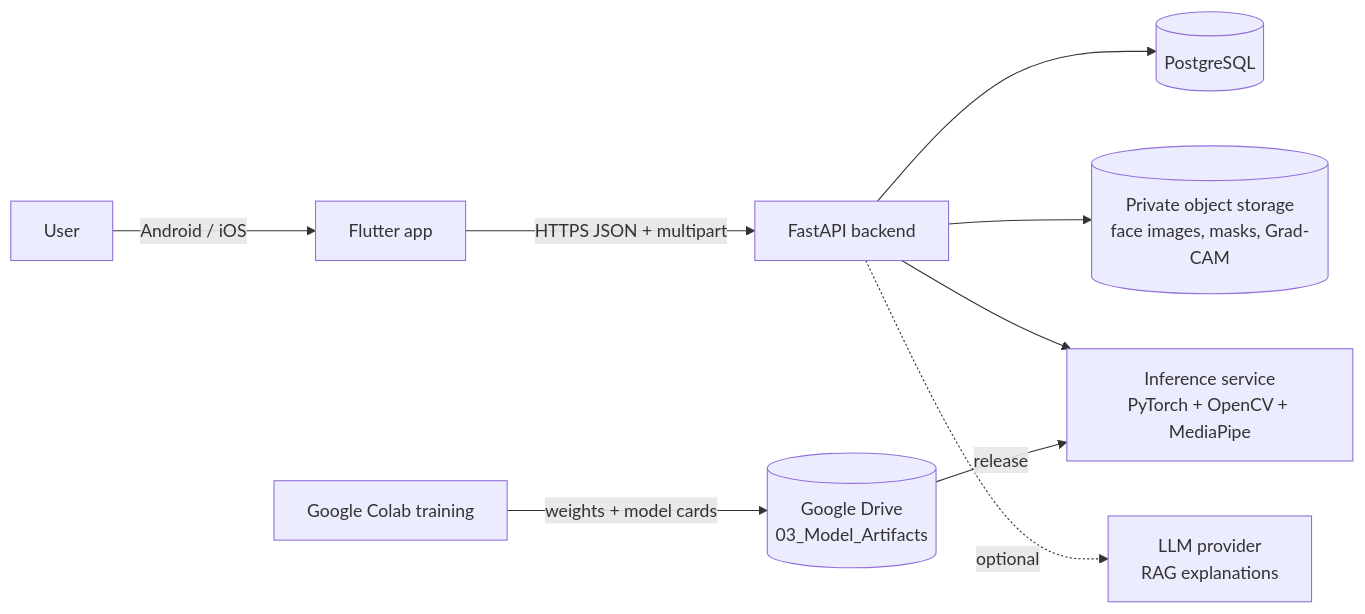
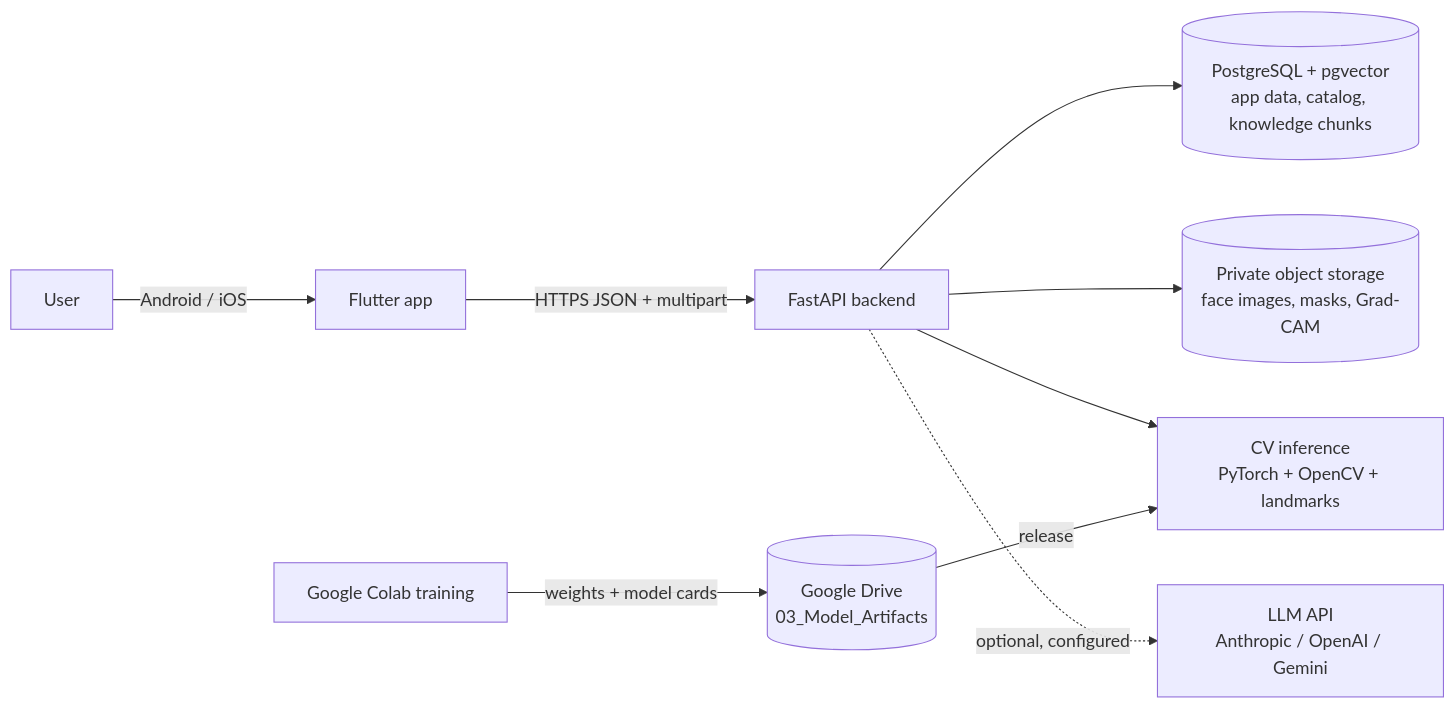
Before and after one commit to zhrespar/dermacare: the first of 4 diagrams in docs/ARCHITECTURE.md, drawn with Mermaid. The commit also changed other lines of this file and 57 other files, not shown here.

First line of the commit message:
Apply AI architecture: CV triage, rule-based routines, RAG, LLM providers

````diff
--- a/docs/ARCHITECTURE.md
+++ b/docs/ARCHITECTURE.md
@@ -5,11 +5,11 @@
 ```mermaid
 flowchart LR
   U[User] -->|Android / iOS| M[Flutter app]
   M -->|HTTPS JSON + multipart| API[FastAPI backend]
-  API --> DB[(PostgreSQL)]
+  API --> DB[(PostgreSQL + pgvector\napp data, catalog, knowledge chunks)]
   API --> OBJ[(Private object storage\nface images, masks, Grad-CAM)]
-  API --> INF[Inference service\nPyTorch + OpenCV + MediaPipe]
-  API -. optional .-> LLM[LLM provider\nRAG explanations]
+  API --> INF[CV inference\nPyTorch + OpenCV + landmarks]
+  API -. optional, configured .-> LLM[LLM API\nAnthropic / OpenAI / Gemini]
   COLAB[Google Colab training] -->|weights + model cards| DRIVE[(Google Drive\n03_Model_Artifacts)]
   DRIVE -->|release| INF
 ```
````
